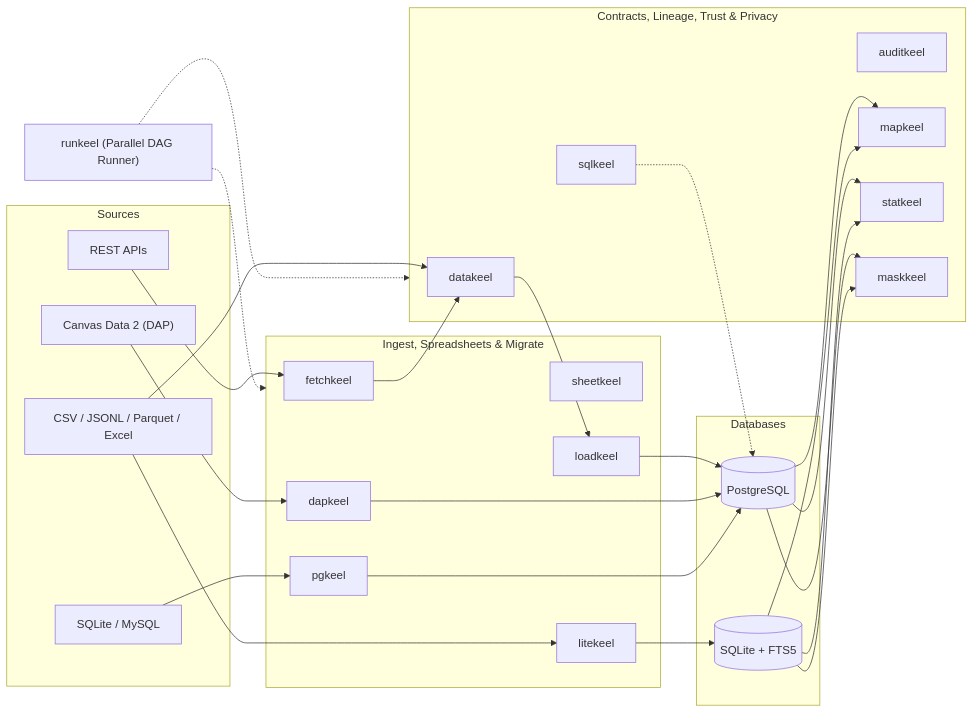
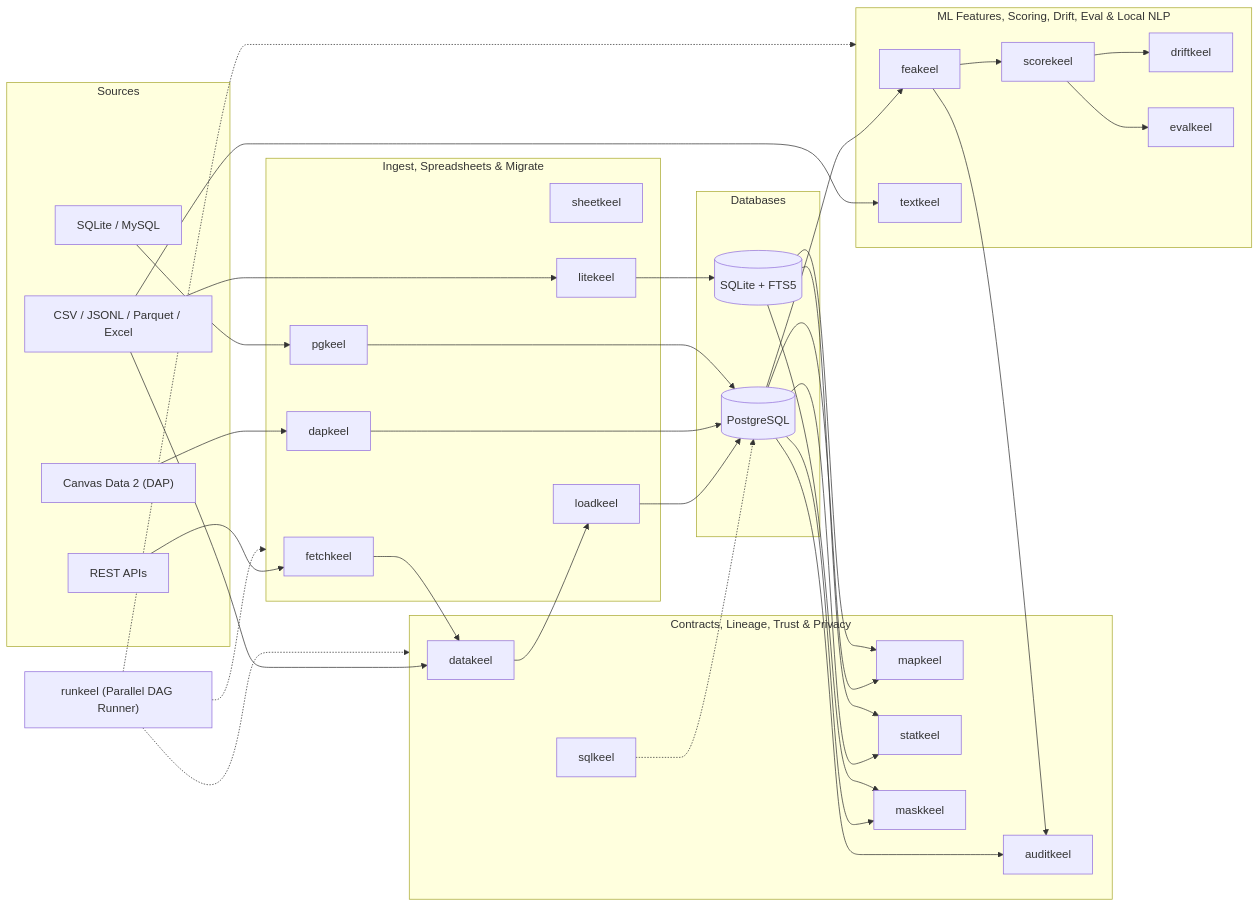
Before and after one commit to robertguss/keel-stack: the diagram in README.md, drawn with Mermaid. The commit also changed 5 other files, not shown here.

````diff
--- a/README.md
+++ b/README.md
@@ -14,49 +14,63 @@
 ```mermaid
 flowchart LR
     subgraph Sources
         API["REST APIs"]
         DAP["Canvas Data 2 (DAP)"]
         FILES["CSV / JSONL / Parquet / Excel"]
         LEGACY["SQLite / MySQL"]
     end
 
     subgraph Ingest["Ingest, Spreadsheets & Migrate"]
         FK["fetchkeel"]
         DKP["dapkeel"]
         SHK["sheetkeel"]
         LK["loadkeel"]
         PGK["pgkeel"]
         LTK["litekeel"]
     end
 
     subgraph Storage["Databases"]
         PG[("PostgreSQL")]
         SQ[("SQLite + FTS5")]
     end
 
     subgraph Quality["Contracts, Lineage, Trust & Privacy"]
         DTK["datakeel"]
         SQK["sqlkeel"]
         ADK["auditkeel"]
         MK["mapkeel"]
         STK["statkeel"]
         MSK["maskkeel"]
     end
 
+    subgraph ML["ML Features, Scoring, Drift, Eval & Local NLP"]
+        FTK["feakeel"]
+        SCK["scorekeel"]
+        DRK["driftkeel"]
+        EVK["evalkeel"]
+        TXK["textkeel"]
+    end
+
     RK["runkeel (Parallel DAG Runner)"]
 
     API --> FK --> DTK --> LK --> PG
     DAP --> DKP --> PG
     FILES --> DTK
     FILES --> LTK --> SQ
     LEGACY --> PGK --> PG
     PG --> MK
     PG --> STK
     PG --> MSK
+    PG --> ADK
+    PG --> FTK --> ADK
+    FTK --> SCK --> DRK
+    SCK --> EVK
+    FILES --> TXK
     SQ --> MK
     SQ --> STK
     SQ --> MSK
     SQK -.-> PG
     RK -.-> Ingest
     RK -.-> Quality
+    RK -.-> ML
 ```
````
